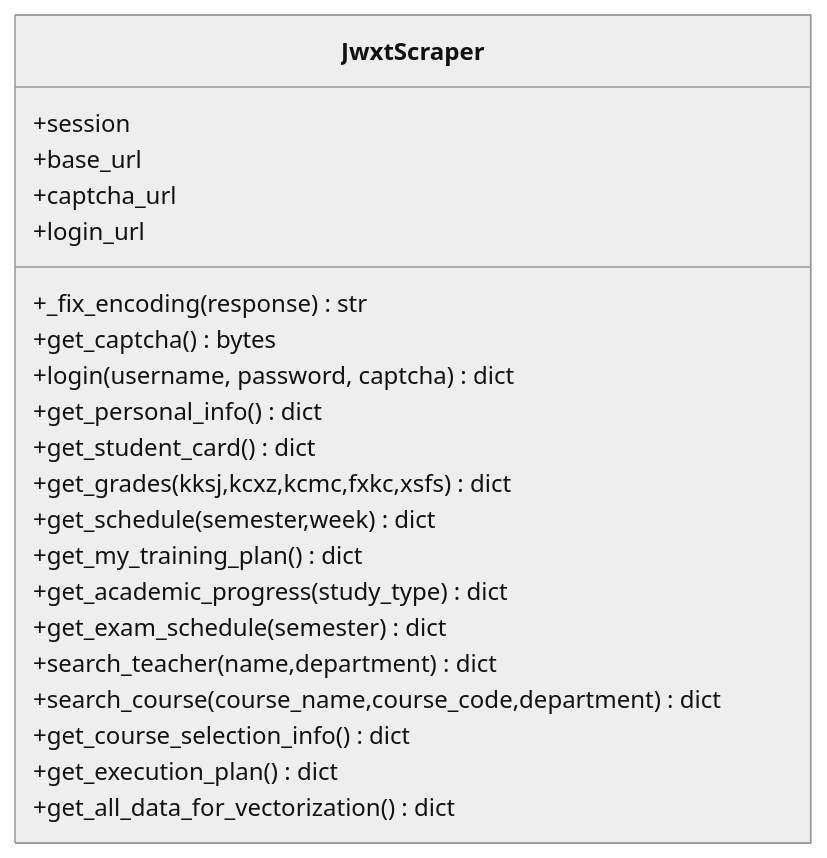
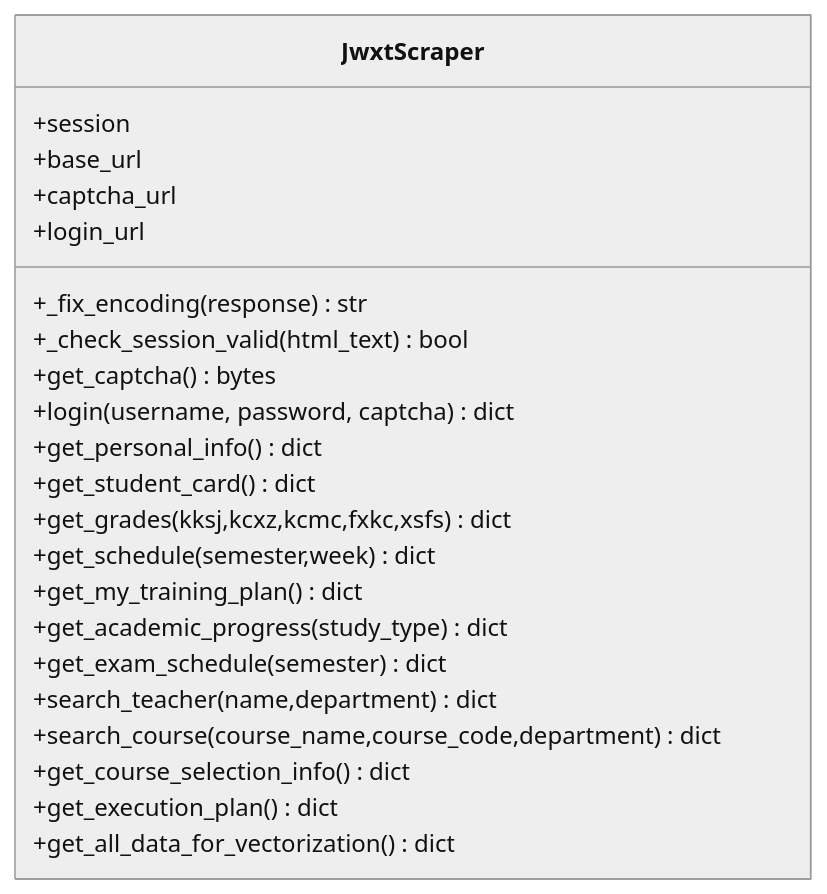
One commit to ghbbn053-ship-itsoulddog/soulddog changed the third of 6 diagrams in .qoder/repowiki/zh/content/开发指南/扩展点与插件/爬虫模块扩展/爬虫模块扩展.md. Above: the diagram before and after it, drawn with Mermaid (neutral theme). The commit also changed other lines of this file and 10 other files, not shown here.

````diff
--- a/.qoder/repowiki/zh/content/开发指南/扩展点与插件/爬虫模块扩展/爬虫模块扩展.md
+++ b/.qoder/repowiki/zh/content/开发指南/扩展点与插件/爬虫模块扩展/爬虫模块扩展.md
@@ -205,24 +196,25 @@
 ```mermaid
 classDiagram
 class JwxtScraper {
 +session
 +base_url
 +captcha_url
 +login_url
 +_fix_encoding(response) str
++_check_session_valid(html_text) bool
 +get_captcha() bytes
 +login(username, password, captcha) dict
 +get_personal_info() dict
 +get_student_card() dict
 +get_grades(kksj,kcxz,kcmc,fxkc,xsfs) dict
 +get_schedule(semester,week) dict
 +get_my_training_plan() dict
 +get_academic_progress(study_type) dict
 +get_exam_schedule(semester) dict
 +search_teacher(name,department) dict
 +search_course(course_name,course_code,department) dict
 +get_course_selection_info() dict
 +get_execution_plan() dict
 +get_all_data_for_vectorization() dict
 }
 ```
````
